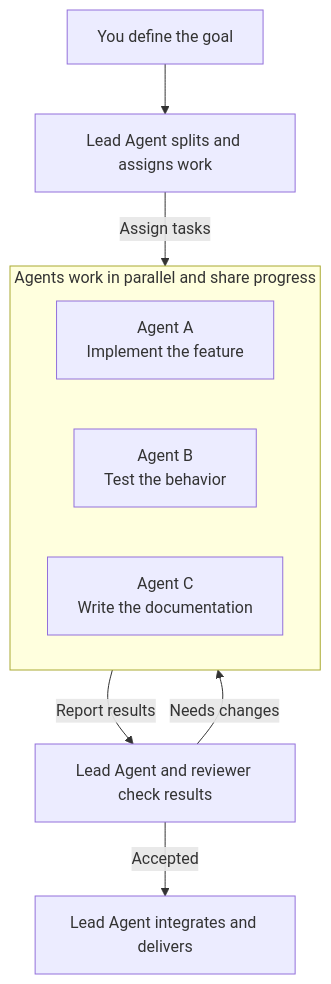
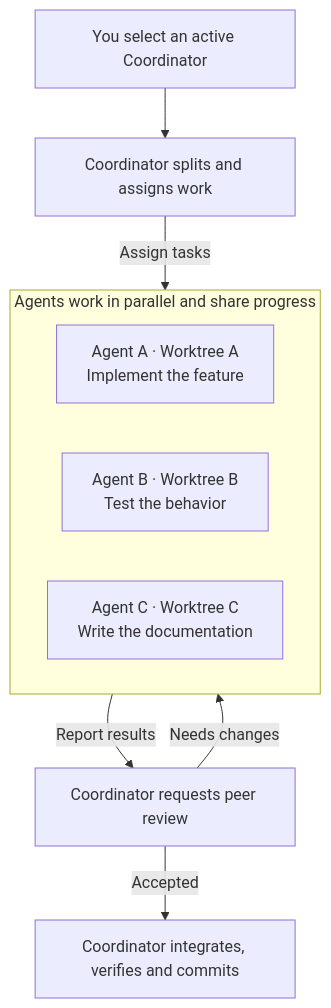
Before and after one commit to OthinusG/warp-lite: the diagram in README.md, drawn with Mermaid. The commit also changed other lines of this file and 8 other files, not shown here.

````diff
--- a/README.md
+++ b/README.md
@@ -58,14 +63,14 @@
 ```mermaid
 flowchart TB
-    Goal["You define the goal"] --> Lead["Lead Agent splits and assigns work"]
+    Goal["You select an active Coordinator"] --> Lead["Coordinator splits and assigns work"]
     Lead -->|Assign tasks| Team
     subgraph Team["Agents work in parallel and share progress"]
         direction LR
-        Build["Agent A<br/>Implement the feature"]
-        Test["Agent B<br/>Test the behavior"]
-        Docs["Agent C<br/>Write the documentation"]
+        Build["Agent A · Worktree A<br/>Implement the feature"]
+        Test["Agent B · Worktree B<br/>Test the behavior"]
+        Docs["Agent C · Worktree C<br/>Write the documentation"]
     end
-    Team -->|Report results| Review["Lead Agent and reviewer check results"]
+    Team -->|Report results| Review["Coordinator requests peer review"]
     Review -->|Needs changes| Team
-    Review -->|Accepted| Delivery["Lead Agent integrates and delivers"]
+    Review -->|Accepted| Delivery["Coordinator integrates, verifies and commits"]
 ```
````
